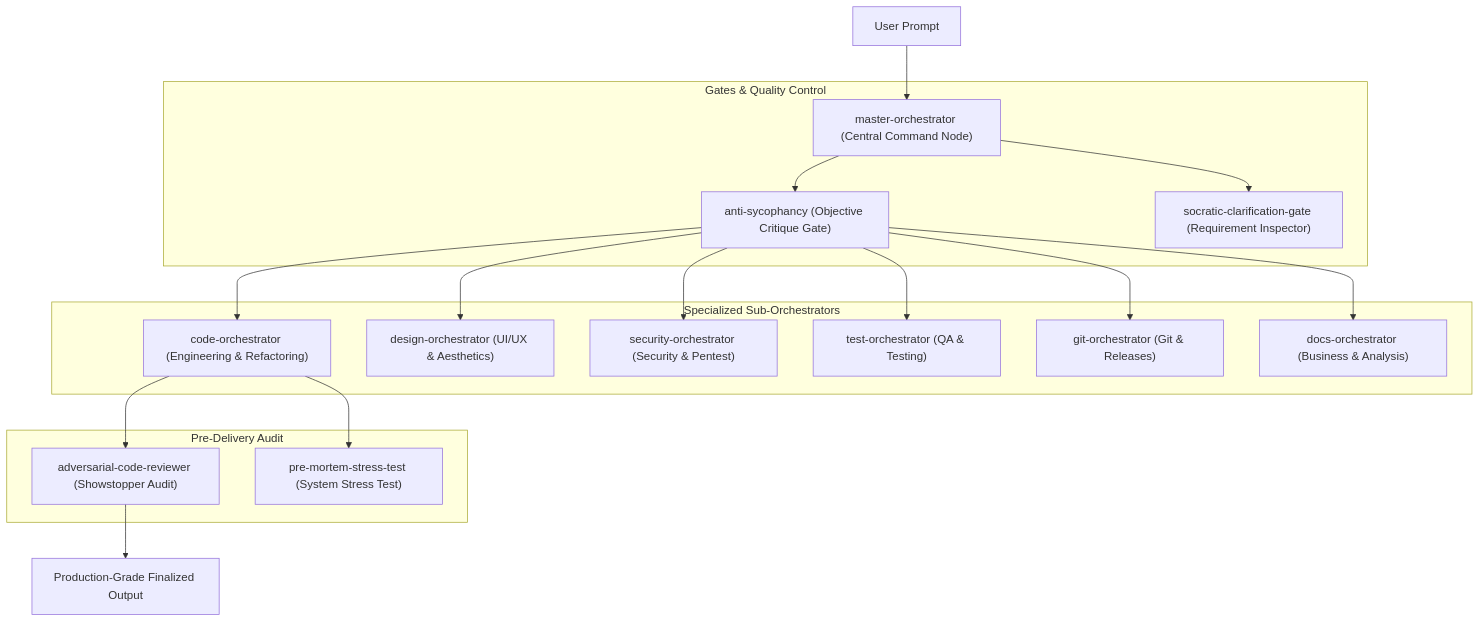
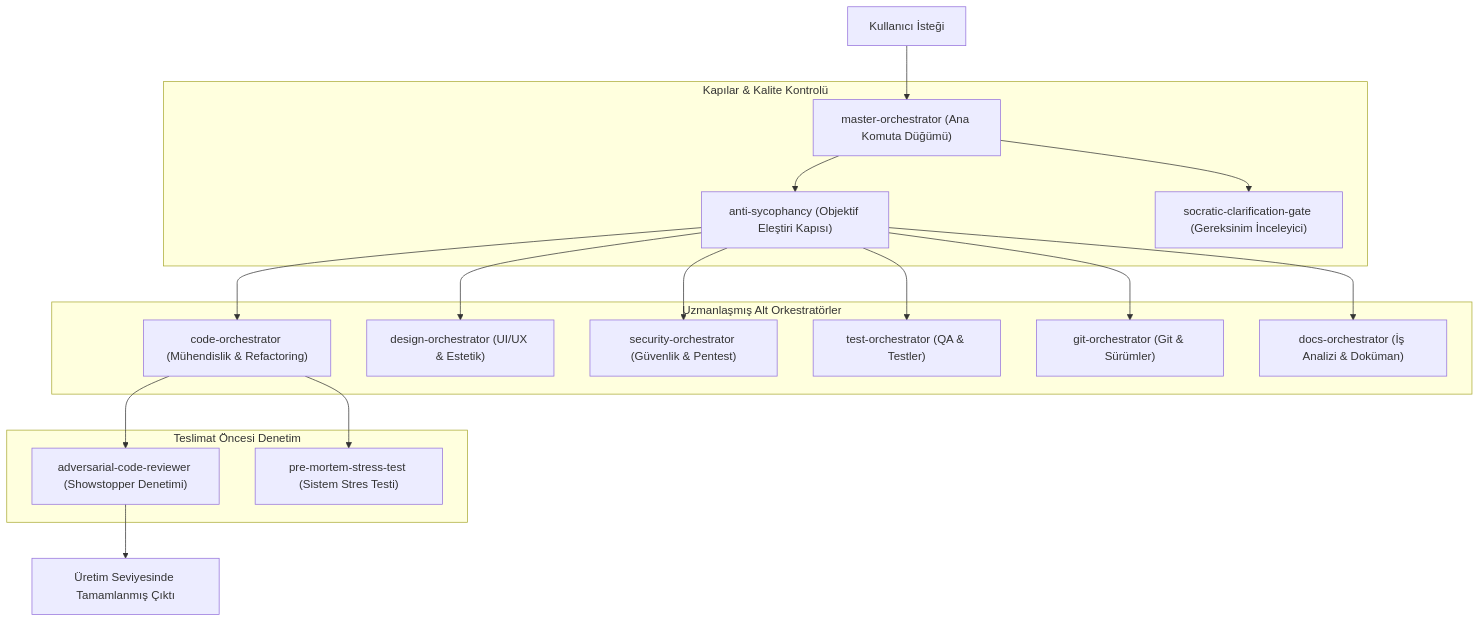
Before and after one commit to GktuOktay/ai-skills: the diagram in README.md, drawn with Mermaid. The commit also changed other lines of this file and 8 other files, not shown here.

````diff
--- a/README.md
+++ b/README.md
@@ -38,25 +38,25 @@
 ```mermaid
 graph TD
-    User["User Prompt"] --> MO["master-orchestrator (Central Command Node)"]
+    User["Kullanıcı İsteği"] --> MO["master-orchestrator (Ana Komuta Düğümü)"]
     
-    subgraph "Gates & Quality Control"
-        MO --> AS["anti-sycophancy (Objective Critique Gate)"]
-        MO --> SCG["socratic-clarification-gate (Requirement Inspector)"]
+    subgraph "Kapılar & Kalite Kontrolü"
+        MO --> AS["anti-sycophancy (Objektif Eleştiri Kapısı)"]
+        MO --> SCG["socratic-clarification-gate (Gereksinim İnceleyici)"]
     end
     
-    subgraph "Specialized Sub-Orchestrators"
-        AS --> CO["code-orchestrator (Engineering & Refactoring)"]
-        AS --> DO["design-orchestrator (UI/UX & Aesthetics)"]
-        AS --> SO["security-orchestrator (Security & Pentest)"]
-        AS --> TO["test-orchestrator (QA & Testing)"]
-        AS --> GO["git-orchestrator (Git & Releases)"]
-        AS --> DocO["docs-orchestrator (Business & Analysis)"]
+    subgraph "Uzmanlaşmış Alt Orkestratörler"
+        AS --> CO["code-orchestrator (Mühendislik & Refactoring)"]
+        AS --> DO["design-orchestrator (UI/UX & Estetik)"]
+        AS --> SO["security-orchestrator (Güvenlik & Pentest)"]
+        AS --> TO["test-orchestrator (QA & Testler)"]
+        AS --> GO["git-orchestrator (Git & Sürümler)"]
+        AS --> DocO["docs-orchestrator (İş Analizi & Doküman)"]
     end
     
-    subgraph "Pre-Delivery Audit"
-        CO --> ACR["adversarial-code-reviewer (Showstopper Audit)"]
-        CO --> PM["pre-mortem-stress-test (System Stress Test)"]
+    subgraph "Teslimat Öncesi Denetim"
+        CO --> ACR["adversarial-code-reviewer (Showstopper Denetimi)"]
+        CO --> PM["pre-mortem-stress-test (Sistem Stres Testi)"]
     end
     
-    ACR --> Final["Production-Grade Finalized Output"]
+    ACR --> Final["Üretim Seviyesinde Tamamlanmış Çıktı"]
 ```
````
